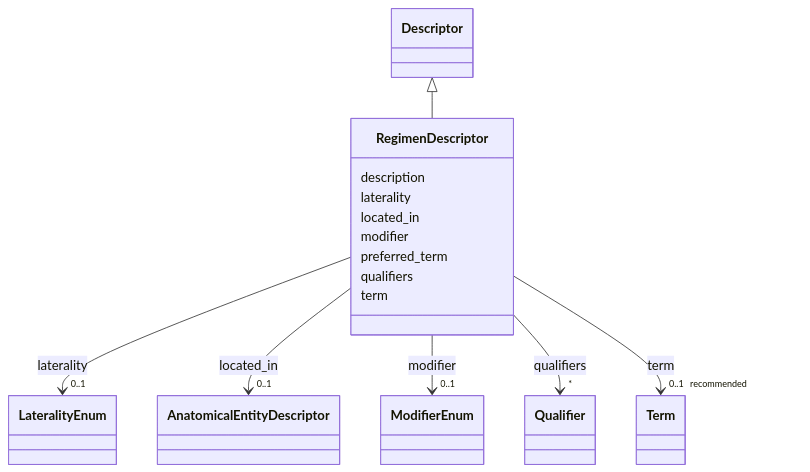
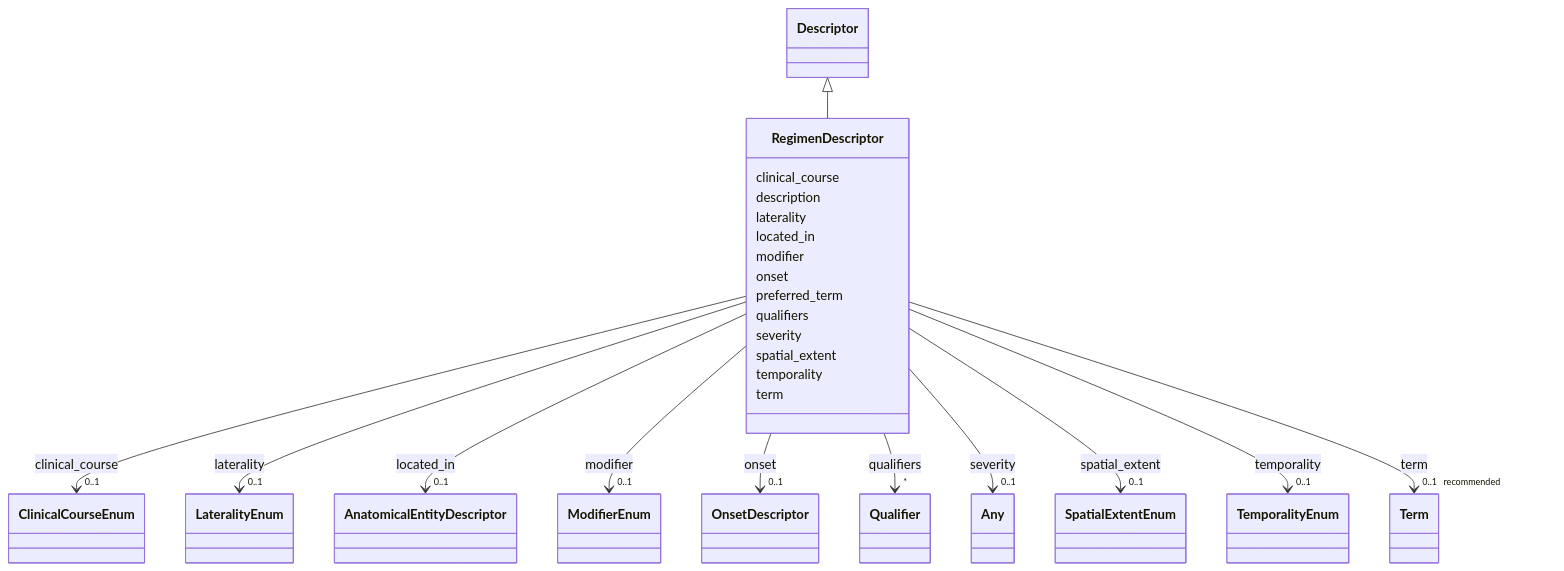
One commit to monarch-initiative/dismech changed the diagram in docs/schema/classes/RegimenDescriptor.md. Above: the diagram before and after it, drawn with Mermaid. The commit also changed other lines of this file and 1343 other files, not shown here.

First line of the commit message:
docs: regenerate schema docs and point design-decisions link at rendered page

```diff
--- a/docs/schema/classes/RegimenDescriptor.md
+++ b/docs/schema/classes/RegimenDescriptor.md
@@ -22,6 +22,17 @@
       Descriptor <|-- RegimenDescriptor
         click Descriptor href "../../classes/Descriptor/"
       
+      RegimenDescriptor : clinical_course
+        
+          
+    
+        
+        
+        RegimenDescriptor --> "0..1" ClinicalCourseEnum : clinical_course
+        click ClinicalCourseEnum href "../../enums/ClinicalCourseEnum/"
+    
+
+        
       RegimenDescriptor : description
         
       RegimenDescriptor : laterality
@@ -57,6 +68,17 @@
     
 
         
+      RegimenDescriptor : onset
+        
+          
+    
+        
+        
+        RegimenDescriptor --> "0..1" OnsetDescriptor : onset
+        click OnsetDescriptor href "../../classes/OnsetDescriptor/"
+    
+
+        
       RegimenDescriptor : preferred_term
         
       RegimenDescriptor : qualifiers
@@ -67,6 +89,39 @@
         
         RegimenDescriptor --> "*" Qualifier : qualifiers
         click Qualifier href "../../classes/Qualifier/"
+    
+
+        
+      RegimenDescriptor : severity
+        
+          
+    
+        
+        
+        RegimenDescriptor --> "0..1" Any : severity
+        click Any href "../../classes/Any/"
+    
+
+        
+      RegimenDescriptor : spatial_extent
+        
+          
+    
+        
+        
+        RegimenDescriptor --> "0..1" SpatialExtentEnum : spatial_extent
+        click SpatialExtentEnum href "../../enums/SpatialExtentEnum/"
+    
+
+        
+      RegimenDescriptor : temporality
+        
+          
+    
+        
+        
+        RegimenDescriptor --> "0..1" TemporalityEnum : temporality
+        click TemporalityEnum href "../../enums/TemporalityEnum/"
     
 
         
```
